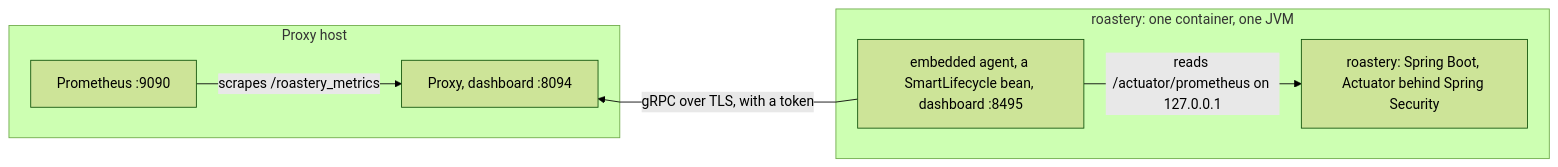
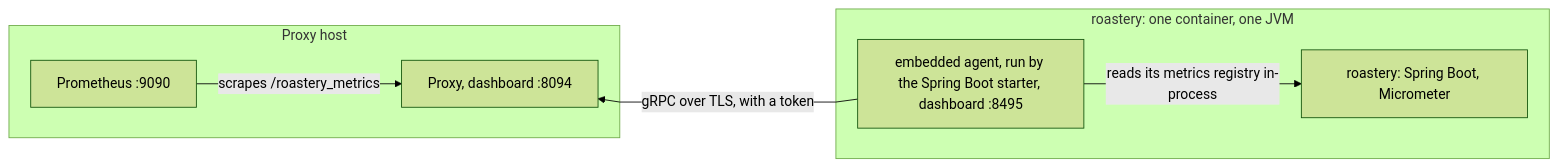
The diagram in demos/spring-boot/README.md (pambrose/prometheus-proxy), drawn with Mermaid (forest theme) before and after one commit. The commit also changed other lines of this file and 25 other files, not shown here.

First line of the commit message:
Run the Spring Boot demo's roastery on the Spring Boot starter (#502)

````diff
--- a/demos/spring-boot/README.md
+++ b/demos/spring-boot/README.md
@@ -22,19 +23,19 @@
 ```mermaid
 %%{init: {'flowchart': {'curve': 'linear'}}}%%
 graph LR
   P[Prometheus :9090] -->|scrapes /roastery_metrics| Proxy[Proxy, dashboard :8094]
   %% The agent connects out to the proxy, so its arrow points back. The invisible link keeps the app to the right.
   Proxy ~~~ Agent
-  Agent[embedded agent, a SmartLifecycle bean, dashboard :8495] -->|gRPC over TLS, with a token| Proxy
-  Agent -->|reads /actuator/prometheus on 127.0.0.1| App[roastery: Spring Boot, Actuator behind Spring Security]
+  Agent[embedded agent, run by the Spring Boot starter, dashboard :8495] -->|gRPC over TLS, with a token| Proxy
+  Agent -->|reads its metrics registry in-process| App[roastery: Spring Boot, Micrometer]
 
   subgraph host[Proxy host]
     P
     Proxy
   end
 
   subgraph roastery[roastery: one container, one JVM]
     Agent
     App
   end
 ```
````
